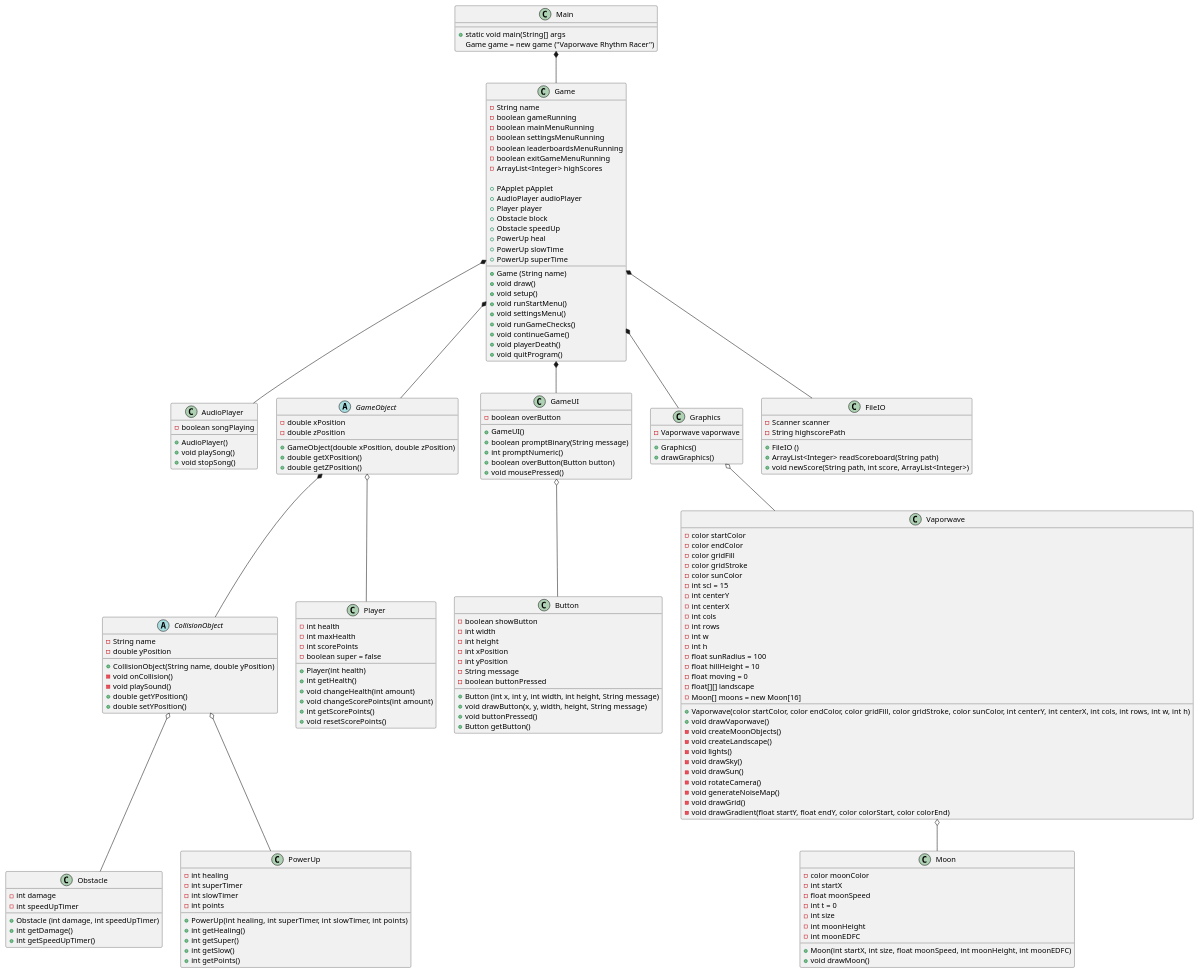
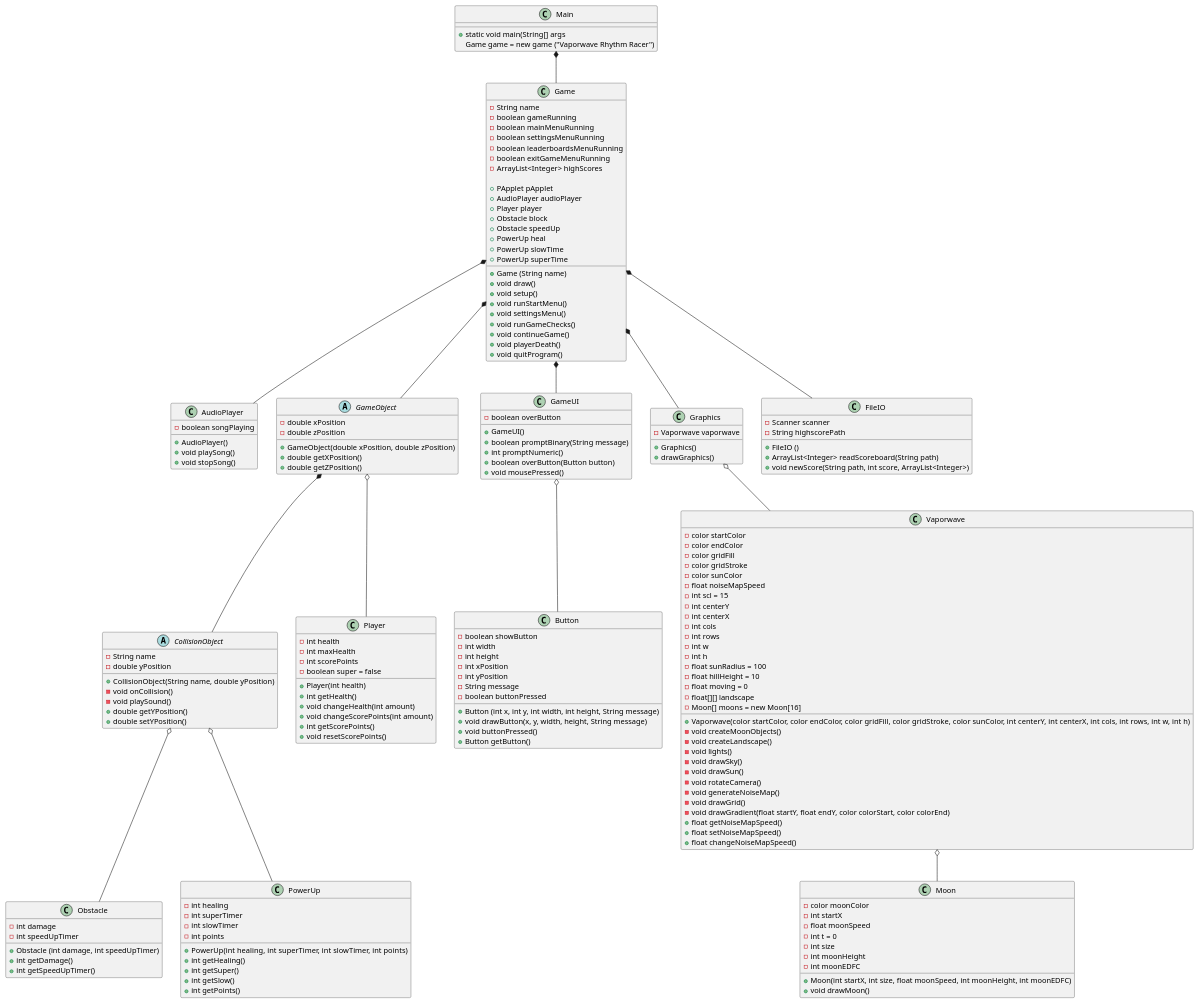
The diagram in doc/Plan/static/classdiagram.puml (Gervig/Vaporwave-Rhythm-Racer), drawn with PlantUML before and after one commit.

Commit message:
Små ændringer på Vaporwave klassen.

```diff
--- a/doc/Plan/static/classdiagram.puml
+++ b/doc/Plan/static/classdiagram.puml
@@ -160,6 +160,8 @@
 - color gridFill
 - color gridStroke
 - color sunColor
+'vi skal have en variabel til spillets fart, altså noiseMapSpeed
+- float noiseMapSpeed
 - int scl = 15
 - int centerY
 - int centerX
@@ -174,7 +176,6 @@
 - Moon[] moons = new Moon[16]
 'constructor
 + Vaporwave(color startColor, color endColor, color gridFill, color gridStroke, color sunColor, int centerY, int centerX, int cols, int rows, int w, int h)
-+ void drawVaporwave()
 - void createMoonObjects()
 - void createLandscape()
 - void lights()
@@ -184,7 +185,10 @@
 - void generateNoiseMap()
 - void drawGrid()
 - void drawGradient(float startY, float endY, color colorStart, color colorEnd)
-
+'De følgende metoder burde kaldes til at få banen til at følge med resten af spillets speed
++ float getNoiseMapSpeed()
++ float setNoiseMapSpeed()
++ float changeNoiseMapSpeed()
 }
 
 class Moon{
```
